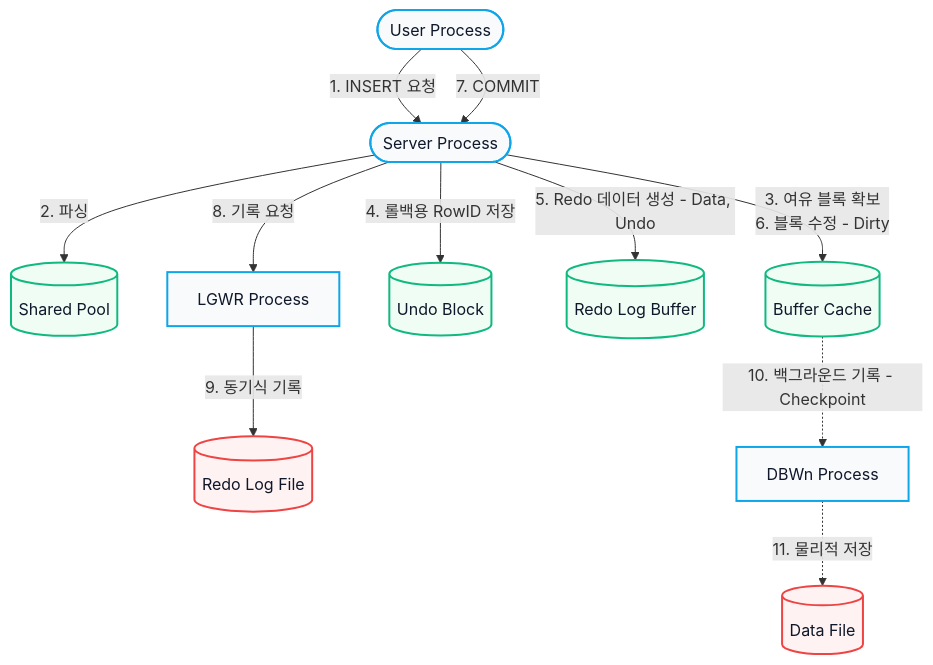
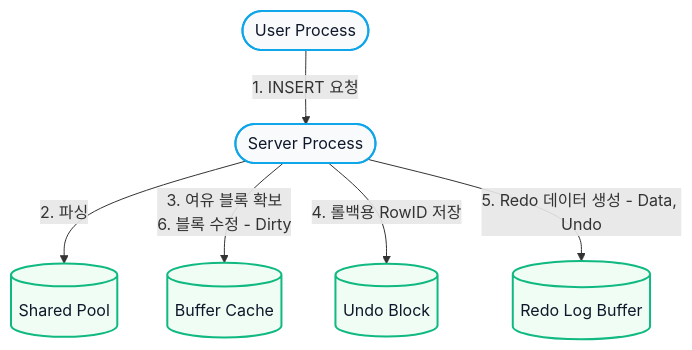
The second of 6 diagrams in assets/lessons/visit-service/sql_execution_flow.md (kkcskill-dot/TS_edu), drawn with Mermaid before and after one commit. The commit also changed other lines of this file, not shown here.

Commit message:
docs: separate COMMIT and ROLLBACK logic from DML execution flow diagrams

````diff
--- a/assets/lessons/visit-service/sql_execution_flow.md
+++ b/assets/lessons/visit-service/sql_execution_flow.md
@@ -51,31 +51,20 @@
 ```mermaid
 flowchart TD
     UP([User Process])
     SP([Server Process])
     SPool[(Shared Pool)]
     BC[(Buffer Cache)]
     Undo[(Undo Block)]
     Redo[(Redo Log Buffer)]
-    LGWR[LGWR Process]
-    RLF[(Redo Log File)]
-    DBWn[DBWn Process]
-    DF[(Data File)]
 
     UP -->|"1. INSERT 요청"| SP
     SP -->|"2. 파싱"| SPool
     SP -->|"3. 여유 블록 확보<br/>6. 블록 수정 - Dirty"| BC
     SP -->|"4. 롤백용 RowID 저장"| Undo
     SP -->|"5. Redo 데이터 생성 - Data, Undo"| Redo
-    UP -->|"7. COMMIT"| SP
-    SP -->|8. 기록 요청| LGWR
-    LGWR -->|9. 동기식 기록| RLF
-    BC -.->|10. 백그라운드 기록 - Checkpoint| DBWn
-    DBWn -.->|11. 물리적 저장| DF
 
     classDef process fill:#f8fafc,stroke:#0ea5e9,stroke-width:2px,color:#0f172a;
     classDef mem fill:#f0fdf4,stroke:#10b981,stroke-width:2px,color:#0f172a;
-    classDef disk fill:#fef2f2,stroke:#ef4444,stroke-width:2px,color:#0f172a;
-    class UP,SP,LGWR,DBWn process;
+    class UP,SP process;
     class SPool,BC,Undo,Redo mem;
-    class RLF,DF disk;
 ```
````
